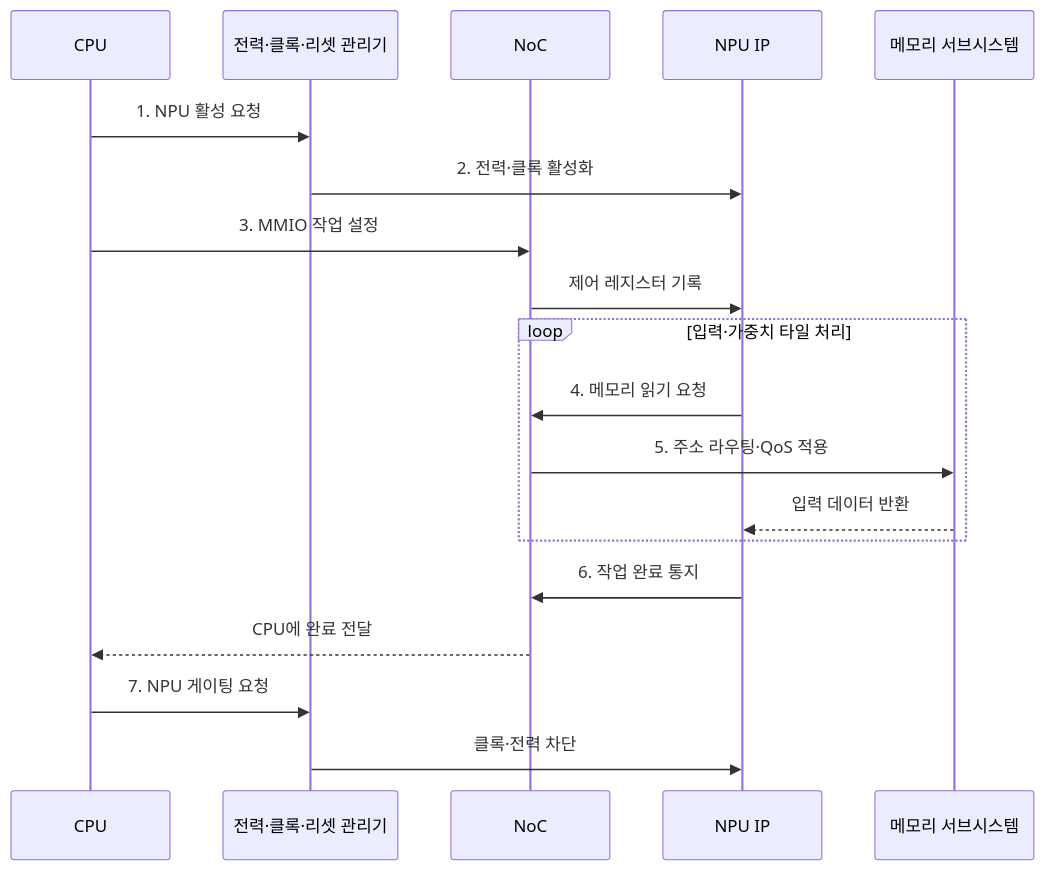
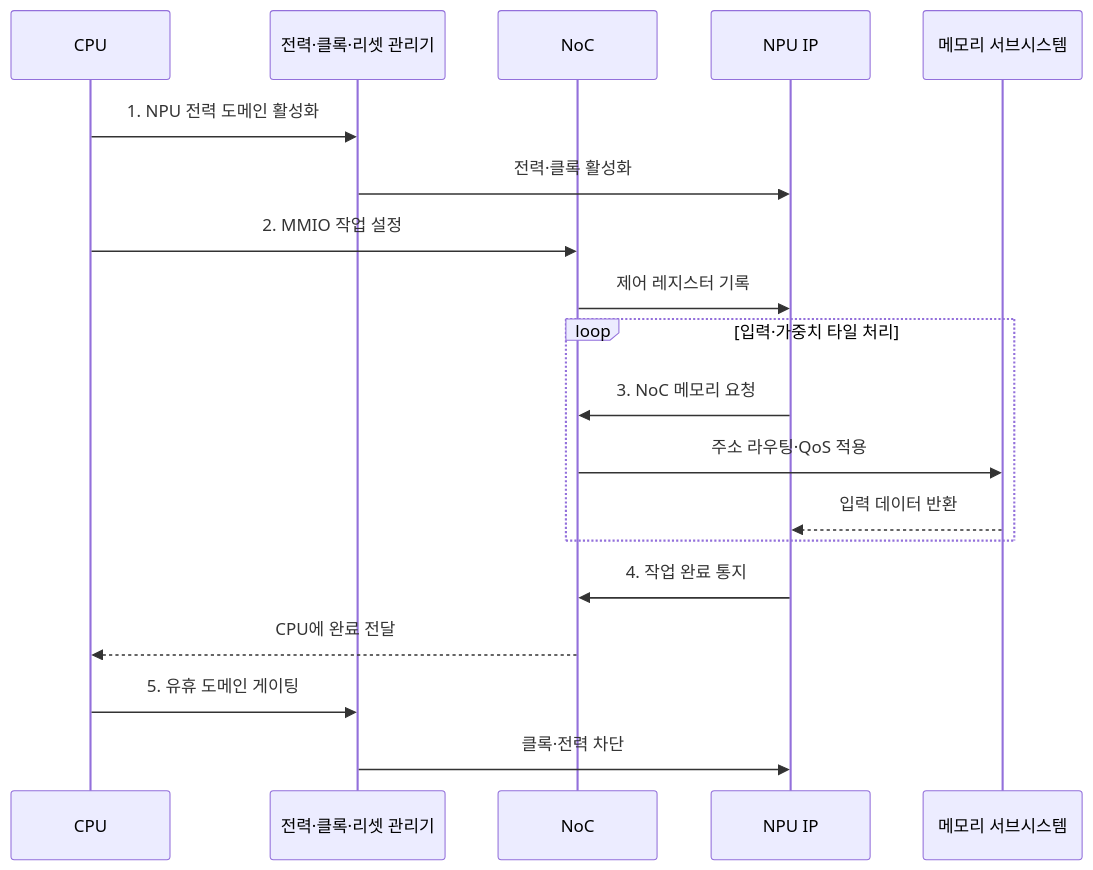
The second of 2 diagrams in src/content/docs/notes/02-hardware/038_system_on_chip.md (agnusdei1207/knowledge-base), drawn with Mermaid before and after one commit. The commit also changed other lines of this file and 86 other files, not shown here.

````diff
--- a/src/content/docs/notes/02-hardware/038_system_on_chip.md
+++ b/src/content/docs/notes/02-hardware/038_system_on_chip.md
@@ -94,22 +94,22 @@
 ```mermaid
 sequenceDiagram
     participant C as CPU
     participant P as 전력·클록·리셋 관리기
     participant N as NoC
     participant A as NPU IP
     participant M as 메모리 서브시스템
 
-    C->>P: 1. NPU 활성 요청
-    P->>A: 2. 전력·클록 활성화
-    C->>N: 3. MMIO 작업 설정
+    C->>P: 1. NPU 전력 도메인 활성화
+    P->>A: 전력·클록 활성화
+    C->>N: 2. MMIO 작업 설정
     N->>A: 제어 레지스터 기록
     loop 입력·가중치 타일 처리
-        A->>N: 4. 메모리 읽기 요청
-        N->>M: 5. 주소 라우팅·QoS 적용
+        A->>N: 3. NoC 메모리 요청
+        N->>M: 주소 라우팅·QoS 적용
         M-->>A: 입력 데이터 반환
     end
-    A->>N: 6. 작업 완료 통지
+    A->>N: 4. 작업 완료 통지
     N-->>C: CPU에 완료 전달
-    C->>P: 7. NPU 게이팅 요청
+    C->>P: 5. 유휴 도메인 게이팅
     P->>A: 클록·전력 차단
 ```
````
